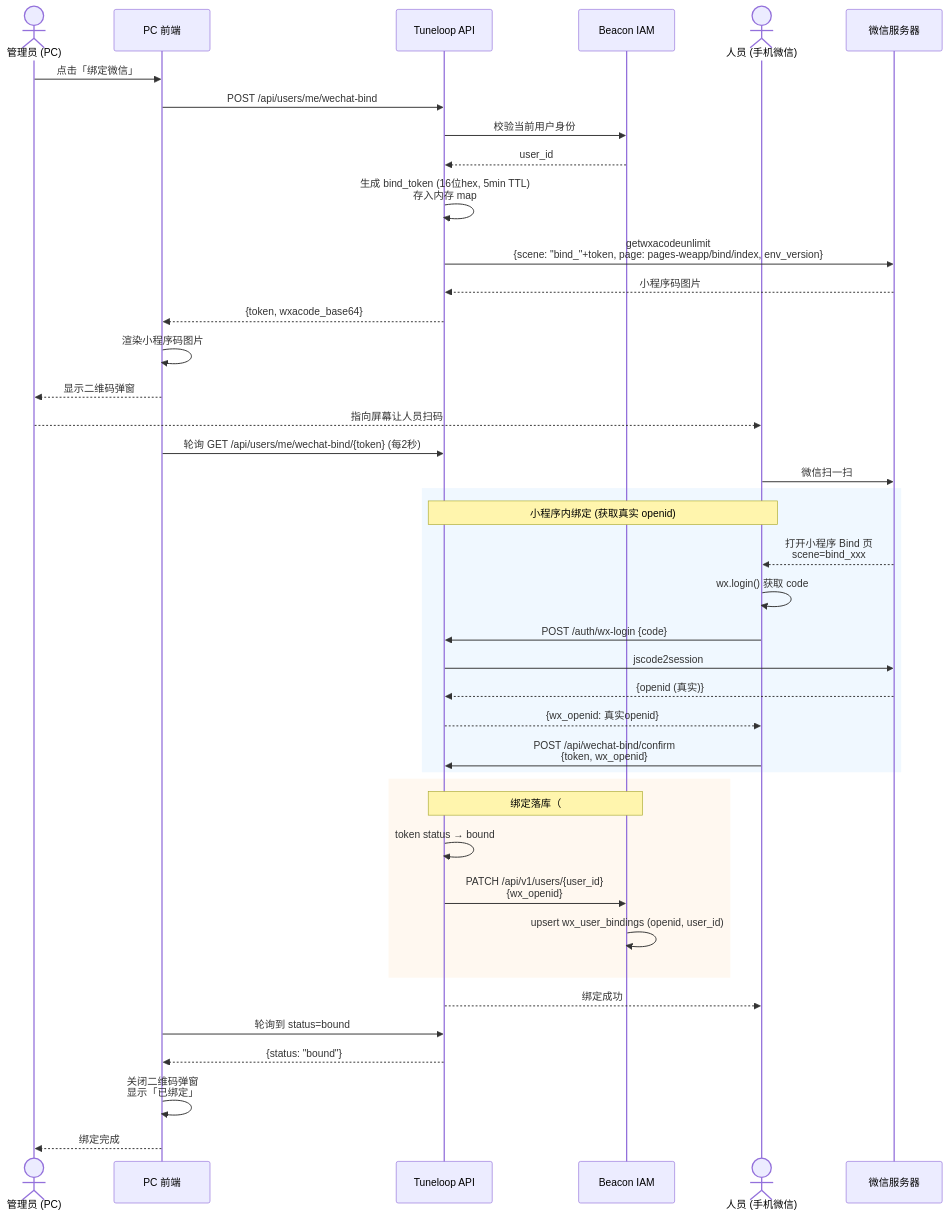
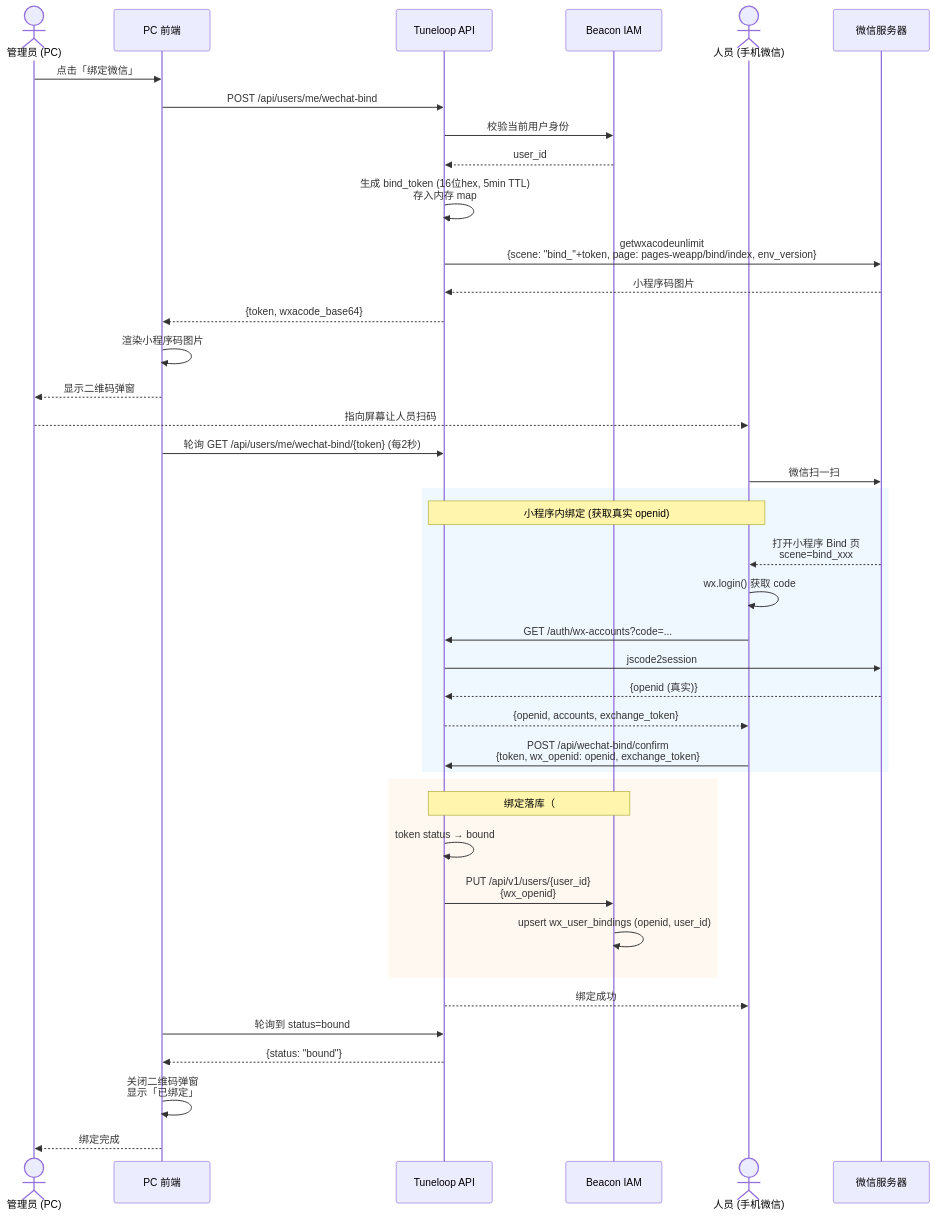
One commit to HiJohns/tuneloop changed the third of 3 diagrams in docs/cases/cases.md. Above: the diagram before and after it, drawn with Mermaid. The commit also changed other lines of this file and 3 other files, not shown here.

Commit message:
fix(issue-2409): use wx-accounts openid for QR bind confirm

````diff
--- a/docs/cases/cases.md
+++ b/docs/cases/cases.md
@@ -1243,49 +1243,49 @@
 ```mermaid
 sequenceDiagram
     actor Admin as 管理员 (PC)
     participant PC as PC 前端
     participant API as Tuneloop API
     participant IAM as Beacon IAM
     actor Staff as 人员 (手机微信)
     participant WX as 微信服务器
 
     Admin->>PC: 点击「绑定微信」
     PC->>API: POST /api/users/me/wechat-bind
     API->>IAM: 校验当前用户身份
     IAM-->>API: user_id
     API->>API: 生成 bind_token (16位hex, 5min TTL)<br/>存入内存 map
     API->>WX: getwxacodeunlimit<br/>{scene: "bind_"+token, page: pages-weapp/bind/index, env_version}
     WX-->>API: 小程序码图片
     API-->>PC: {token, wxacode_base64}
     PC->>PC: 渲染小程序码图片
     PC-->>Admin: 显示二维码弹窗
     Admin-->>Staff: 指向屏幕让人员扫码
     PC->>API: 轮询 GET /api/users/me/wechat-bind/{token} (每2秒)
 
     Staff->>WX: 微信扫一扫
 
     rect rgb(240, 248, 255)
         Note over Staff, API: 小程序内绑定 (获取真实 openid)
         WX-->>Staff: 打开小程序 Bind 页<br/>scene=bind_xxx
         Staff->>Staff: wx.login() 获取 code
-        Staff->>API: POST /auth/wx-login {code}
+        Staff->>API: GET /auth/wx-accounts?code=...
         API->>WX: jscode2session
         WX-->>API: {openid (真实)}
-        API-->>Staff: {wx_openid: 真实openid}
-        Staff->>API: POST /api/wechat-bind/confirm<br/>{token, wx_openid}
+        API-->>Staff: {openid, accounts, exchange_token}
+        Staff->>API: POST /api/wechat-bind/confirm<br/>{token, wx_openid: openid, exchange_token}
     end
 
     rect rgb(255, 248, 240)
         Note over API, IAM: 绑定落库（#2016：绑定表为唯一权威源）
         API->>API: token status → bound
-        API->>IAM: PATCH /api/v1/users/{user_id}<br/>{wx_openid}
+        API->>IAM: PUT /api/v1/users/{user_id}<br/>{wx_openid}
         IAM->>IAM: upsert wx_user_bindings (openid, user_id)
     end
 
     API-->>Staff: 绑定成功
 
     PC->>API: 轮询到 status=bound
     API-->>PC: {status: "bound"}
     PC->>PC: 关闭二维码弹窗<br/>显示「已绑定」
     PC-->>Admin: 绑定完成
 ```
````
